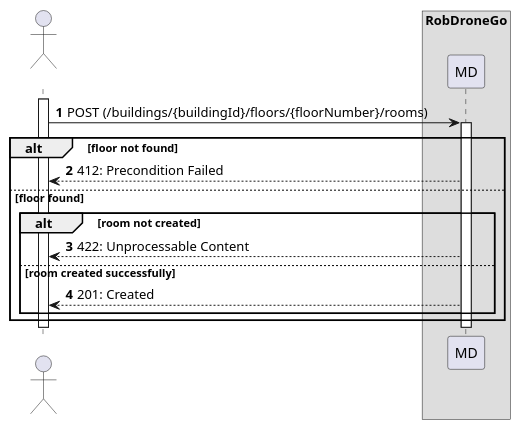
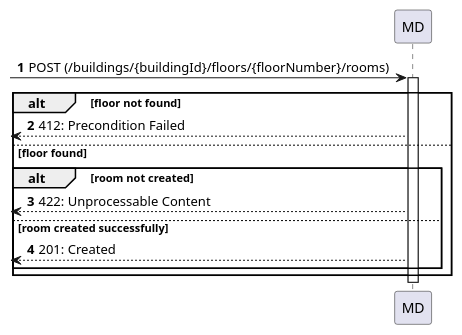
One commit to Departamento-de-Engenharia-Informatica/lapr5-23-24-g19 changed the diagram in docs/us310/level2/process-view.puml. Above: the diagram before and after it, drawn with PlantUML. The commit also changed 5 other files, not shown here.

```diff
--- a/docs/us310/level2/process-view.puml
+++ b/docs/us310/level2/process-view.puml
@@ -1,26 +1,24 @@
 @startuml
 autonumber
 
-actor " " as actor
-box "RobDroneGo"
+
 participant "MD" as mdr
 
-activate actor
-    actor -> mdr: POST (/buildings/{buildingId}/floors/{floorNumber}/rooms)
+
+    [-> mdr: POST (/buildings/{buildingId}/floors/{floorNumber}/rooms)
     activate mdr
 
     alt  floor not found
-        mdr --> actor : 412: Precondition Failed
+        [<-- mdr  : 412: Precondition Failed
     else floor found
     alt room not created
-        mdr --> actor : 422: Unprocessable Content
+        [<-- mdr  : 422: Unprocessable Content
     else room created successfully
-        mdr --> actor : 201: Created
+        [<-- mdr  : 201: Created
         end
     end
 
     deactivate mdr
-deactivate actor
 
 
 @enduml
```
